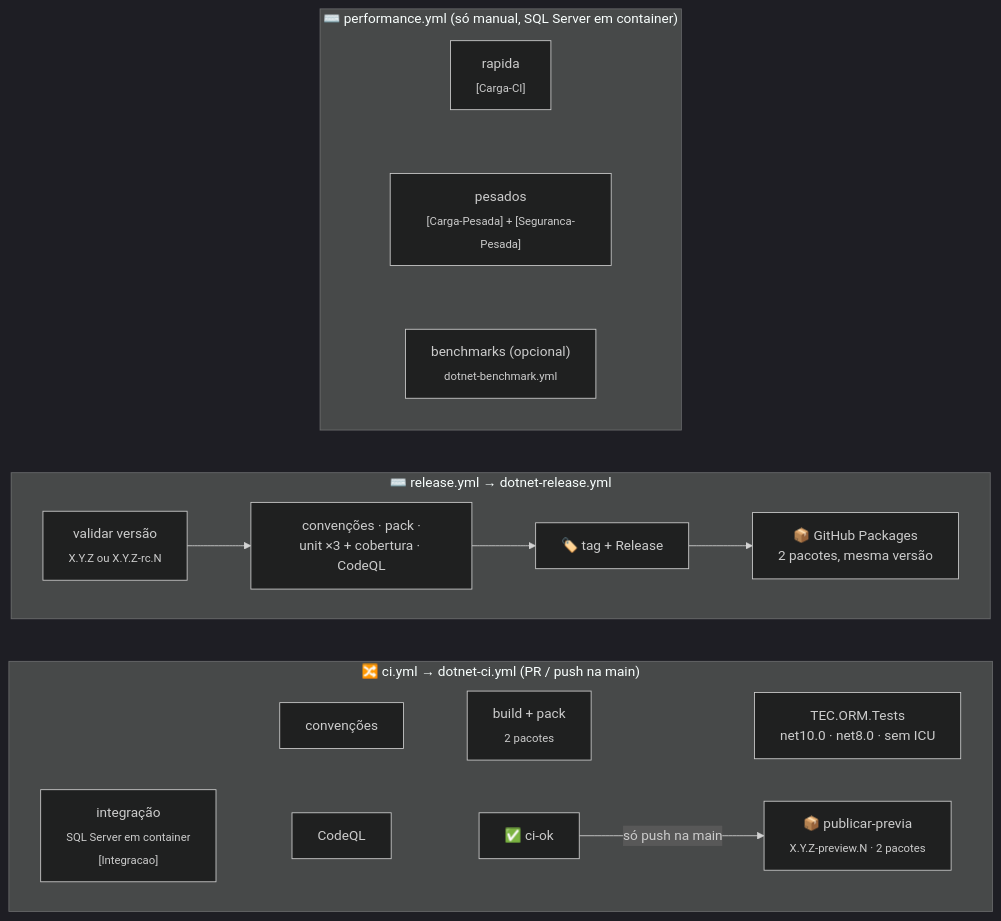
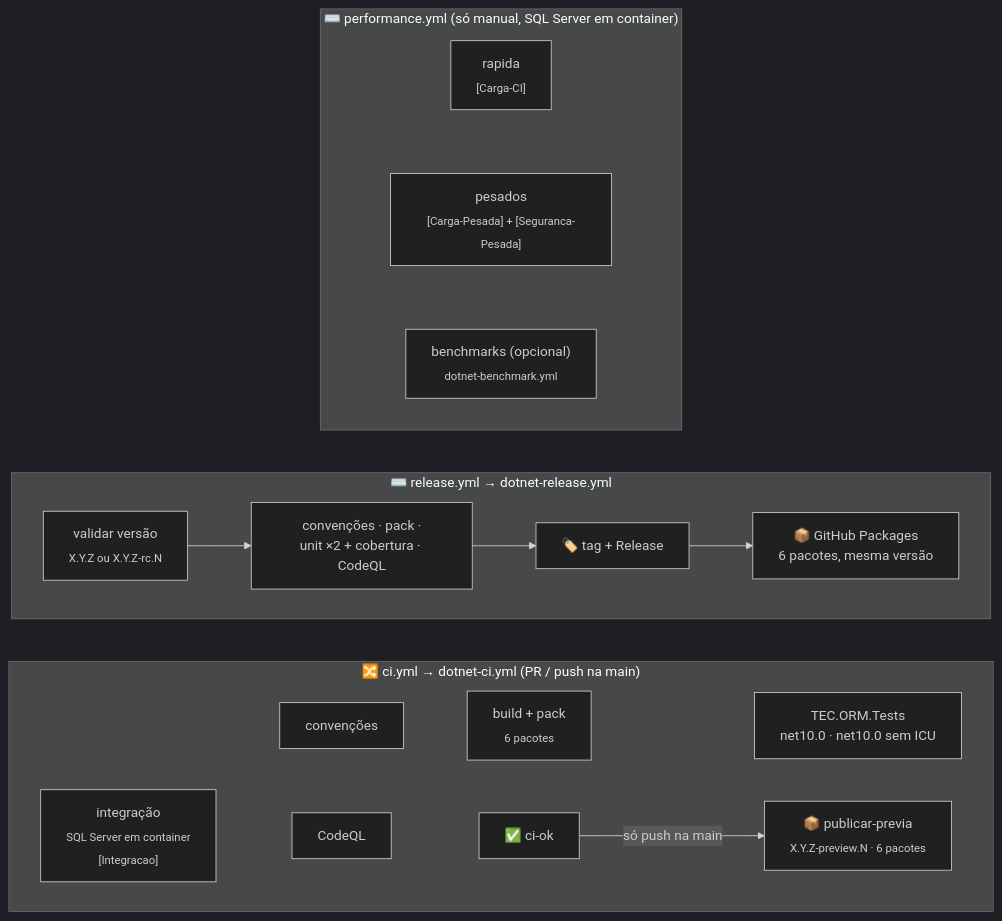
The first of 2 diagrams in .github/workflows/README.md (tudoemcodigo/lib-tec-orm), drawn with Mermaid (dark theme) before and after one commit. The commit also changed other lines of this file and 160 other files, not shown here.

````diff
--- a/.github/workflows/README.md
+++ b/.github/workflows/README.md
@@ -30,16 +30,16 @@
 ```mermaid
 flowchart LR
     subgraph PR["🔀 ci.yml → dotnet-ci.yml (PR / push na main)"]
         direction LR
-        CV["convenções"] ~~~ BP["build + pack<br/><sub>2 pacotes</sub>"] ~~~ U["TEC.ORM.Tests<br/>net10.0 · net8.0 · sem ICU"]
+        CV["convenções"] ~~~ BP["build + pack<br/><sub>6 pacotes</sub>"] ~~~ U["TEC.ORM.Tests<br/>net10.0 · net10.0 sem ICU"]
         IT["integração<br/><sub>SQL Server em container<br/>[Integracao]</sub>"] ~~~ CQ["CodeQL"] ~~~ OK["✅ ci-ok"]
-        OK -- "só push na main" --> PV["📦 publicar-previa<br/><sub>X.Y.Z-preview.N · 2 pacotes</sub>"]
+        OK -- "só push na main" --> PV["📦 publicar-previa<br/><sub>X.Y.Z-preview.N · 6 pacotes</sub>"]
     end
     subgraph REL["⌨️ release.yml → dotnet-release.yml"]
         direction LR
-        V["validar versão<br/><sub>X.Y.Z ou X.Y.Z-rc.N</sub>"] --> G["convenções · pack ·<br/>unit ×3 + cobertura · CodeQL"] --> TAG["🏷️ tag + Release"] --> PUB["📦 GitHub Packages<br/>2 pacotes, mesma versão"]
+        V["validar versão<br/><sub>X.Y.Z ou X.Y.Z-rc.N</sub>"] --> G["convenções · pack ·<br/>unit ×2 + cobertura · CodeQL"] --> TAG["🏷️ tag + Release"] --> PUB["📦 GitHub Packages<br/>6 pacotes, mesma versão"]
     end
     subgraph PERF["⌨️ performance.yml (só manual, SQL Server em container)"]
         RA["rapida<br/><sub>[Carga-CI]</sub>"] ~~~ HV["pesados<br/><sub>[Carga-Pesada] + [Seguranca-Pesada]</sub>"] ~~~ BM["benchmarks (opcional)<br/><sub>dotnet-benchmark.yml</sub>"]
     end
 ```
````
